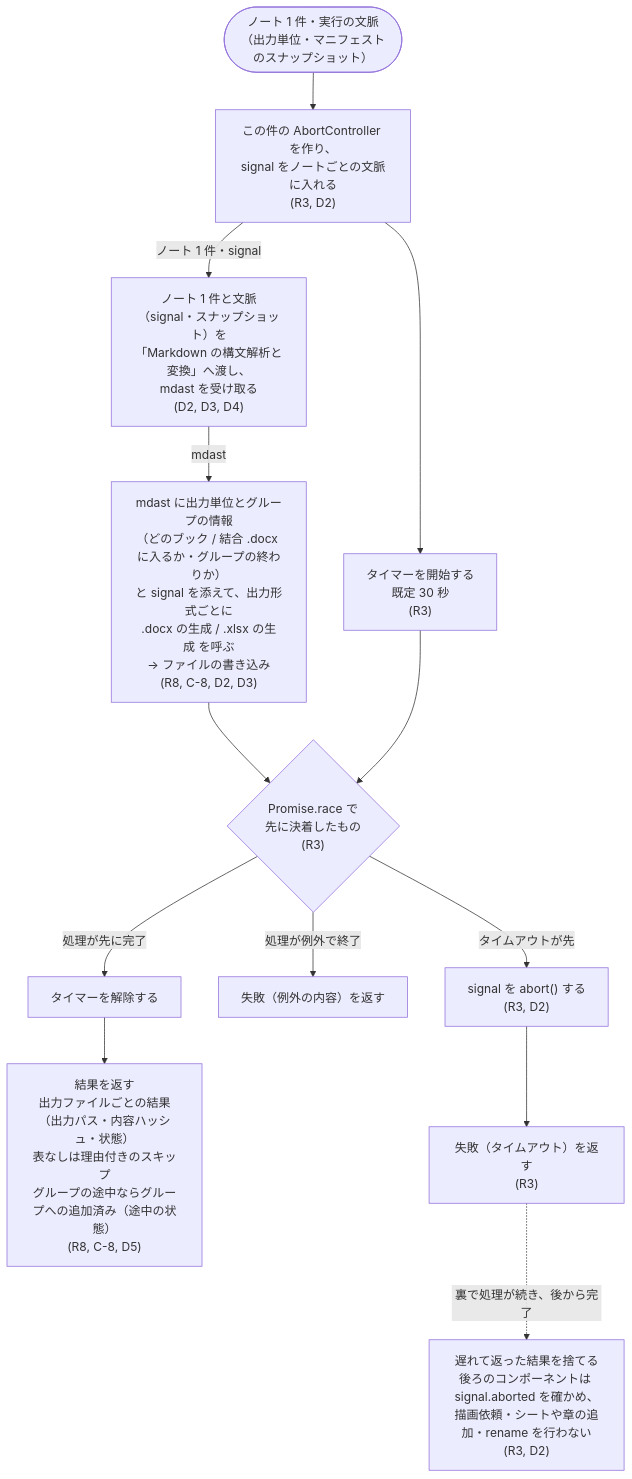
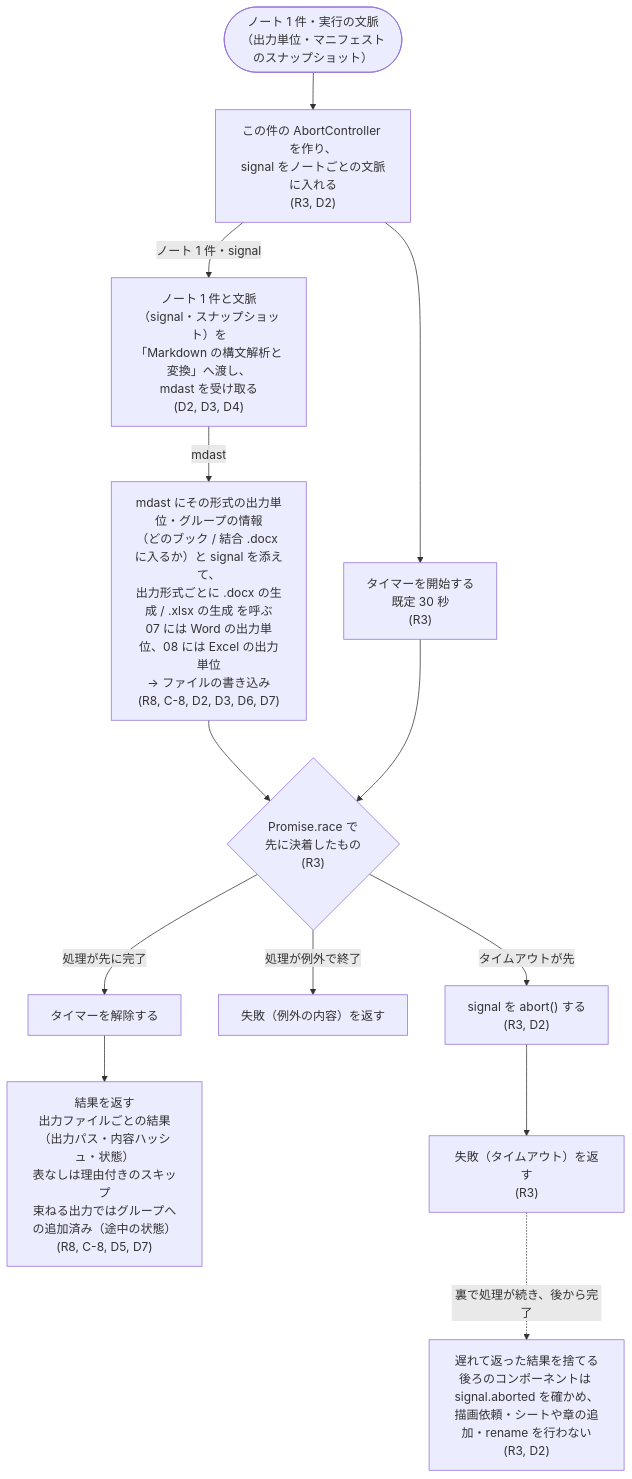
The second of 2 diagrams in docs/flows/03-run-sequential.md (rakko1133/obsidian-md-to-office), drawn with Mermaid before and after one commit. The commit also changed other lines of this file and 4 other files, not shown here.

First line of the commit message:
docs: フロー図に形式ごとの出力単位とグループの完成の指示を反映 (R8)

````diff
--- a/docs/flows/03-run-sequential.md
+++ b/docs/flows/03-run-sequential.md
@@ -94,30 +97,30 @@
 ```mermaid
 flowchart TD
   S(["ノート 1 件・実行の文脈<br/>（出力単位・マニフェストのスナップショット）"])
   Ctrl["この件の AbortController を作り、<br/>signal をノートごとの文脈に入れる<br/>(R3, D2)"]
   Timer["タイマーを開始する<br/>既定 30 秒<br/>(R3)"]
   Parse["ノート 1 件と文脈（signal・スナップショット）を<br/>「Markdown の構文解析と変換」へ渡し、<br/>mdast を受け取る<br/>(D2, D3, D4)"]
-  Render["mdast に出力単位とグループの情報<br/>（どのブック / 結合 .docx に入るか・グループの終わりか）<br/>と signal を添えて、出力形式ごとに<br/>.docx の生成 / .xlsx の生成 を呼ぶ<br/>→ ファイルの書き込み<br/>(R8, C-8, D2, D3)"]
+  Render["mdast にその形式の出力単位・グループの情報<br/>（どのブック / 結合 .docx に入るか）と signal を添えて、<br/>出力形式ごとに .docx の生成 / .xlsx の生成 を呼ぶ<br/>07 には Word の出力単位、08 には Excel の出力単位<br/>→ ファイルの書き込み<br/>(R8, C-8, D2, D3, D6, D7)"]
   Race{"Promise.race で<br/>先に決着したもの<br/>(R3)"}
   ClearT["タイマーを解除する"]
-  RetAll["結果を返す<br/>出力ファイルごとの結果（出力パス・内容ハッシュ・状態）<br/>表なしは理由付きのスキップ<br/>グループの途中ならグループへの追加済み（途中の状態）<br/>(R8, C-8, D5)"]
+  RetAll["結果を返す<br/>出力ファイルごとの結果（出力パス・内容ハッシュ・状態）<br/>表なしは理由付きのスキップ<br/>束ねる出力ではグループへの追加済み（途中の状態）<br/>(R8, C-8, D5, D7)"]
   RetErr["失敗（例外の内容）を返す"]
   Abort["signal を abort() する<br/>(R3, D2)"]
   RetTimeout["失敗（タイムアウト）を返す<br/>(R3)"]
   Late["遅れて返った結果を捨てる<br/>後ろのコンポーネントは signal.aborted を確かめ、<br/>描画依頼・シートや章の追加・rename を行わない<br/>(R3, D2)"]
 
   S --> Ctrl
   Ctrl -->|"ノート 1 件・signal"| Parse
   Ctrl --> Timer
   Parse -->|"mdast"| Render
   Render --> Race
   Timer --> Race
   Race -->|"処理が先に完了"| ClearT
   Race -->|"処理が例外で終了"| RetErr
   Race -->|"タイムアウトが先"| Abort
   ClearT --> RetAll
   Abort --> RetTimeout
   RetTimeout -.->|"裏で処理が続き、後から完了"| Late
 
   classDef undecided stroke-dasharray: 5 5
 ```
````
